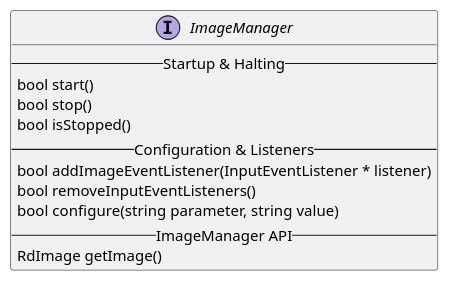
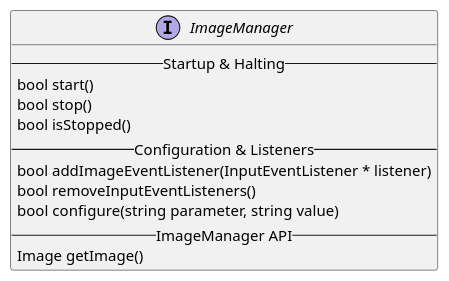
Before and after one commit to asrob-uc3m/robotDevastation-developer-manual: the first of 2 diagrams in en/camera-management/image-manager.md, drawn with PlantUML. The commit also changed other lines of this file, not shown here.

Commit message:
Fix typo, remove 'Rd' prefix from 'RdImage'

```diff
--- a/en/camera-management/image-manager.md
+++ b/en/camera-management/image-manager.md
@@ -4,14 +4,14 @@
 {% plantuml %}
 interface ImageManager {
 --Startup & Halting--
 bool start()
 bool stop()
 bool isStopped()
 -- Configuration & Listeners --
 bool addImageEventListener(InputEventListener * listener)
 bool removeInputEventListeners()
 bool configure(string parameter, string value)
 -- ImageManager API--
-RdImage getImage()
+Image getImage()
 }
 {% endplantuml %}
```
